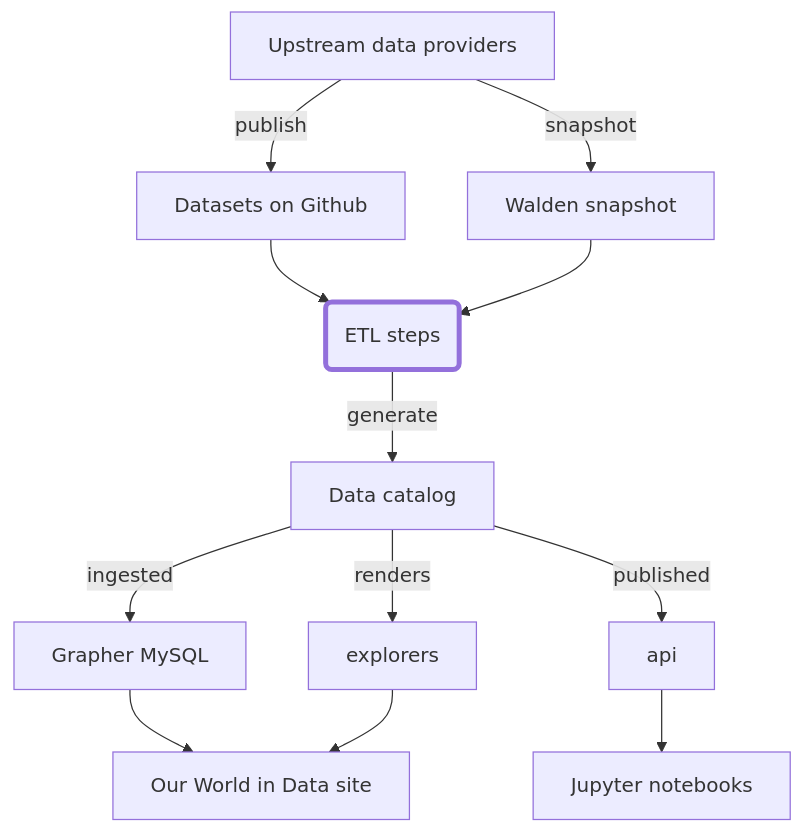
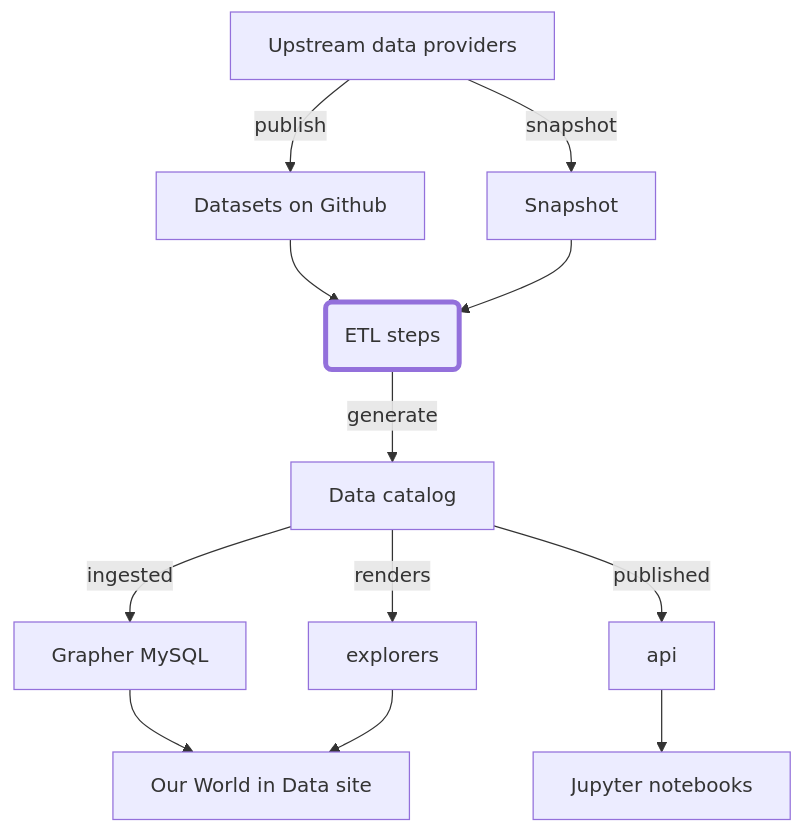
Before and after one commit to owid/etl: the diagram in README.md, drawn with Mermaid. The commit also changed other lines of this file and 165 other files, not shown here.

````diff
--- a/README.md
+++ b/README.md
@@ -14,17 +14,17 @@
 ```mermaid
 graph TB
 
-upstream[Upstream data providers] -->|snapshot| walden[Walden snapshot]
+upstream[Upstream data providers] -->|snapshot| Snapshot
 upstream -->|publish| github
 github[Datasets on Github] --> etl:::focus
-walden --> etl(ETL steps)
+Snapshot --> etl(ETL steps)
 etl -->|generate| catalog[Data catalog]
 catalog -->|ingested| mysql
 catalog -->|renders| explorers
 catalog -->|published| api
 mysql[Grapher MySQL] --> owid[Our World in Data site]
 explorers --> owid
 api --> jupyter[Jupyter notebooks]
 
 classDef focus stroke-width:4px
 ```
````
